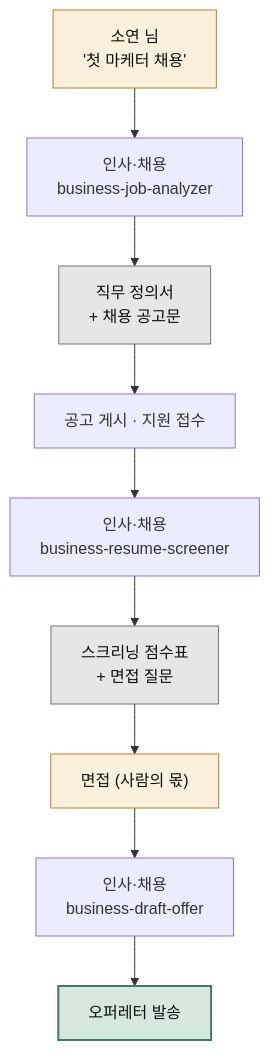
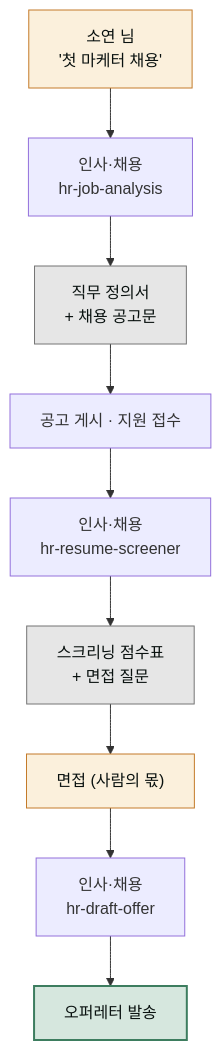
The diagram in www/content/cookbook/projects/hiring-pipeline.md (modu-ai/cowork-plugins), drawn with Mermaid before and after one commit. The commit also changed other lines of this file and 278 other files, not shown here.

````diff
--- a/www/content/cookbook/projects/hiring-pipeline.md
+++ b/www/content/cookbook/projects/hiring-pipeline.md
@@ -55,17 +55,17 @@
 ```mermaid
 flowchart TD
-   U["소연 님<br/>'첫 마케터 채용'"] --> H1["인사·채용<br/>business-job-analyzer"]
+   U["소연 님<br/>'첫 마케터 채용'"] --> H1["인사·채용<br/>hr-job-analysis"]
    H1 --> R1["직무 정의서<br/>+ 채용 공고문"]
    R1 --> POST["공고 게시 · 지원 접수"]
-   POST --> H2["인사·채용<br/>business-resume-screener"]
+   POST --> H2["인사·채용<br/>hr-resume-screener"]
    H2 --> R2["스크리닝 점수표<br/>+ 면접 질문"]
    R2 --> INT["면접 (사람의 몫)"]
-   INT --> H3["인사·채용<br/>business-draft-offer"]
+   INT --> H3["인사·채용<br/>hr-draft-offer"]
    H3 --> OUT["오퍼레터 발송"]
 
    style U fill:#fbf0dc,stroke:#c47b2a,color:#09110f
    style R1 fill:#e6e6e6,stroke:#757575,color:#09110f
    style R2 fill:#e6e6e6,stroke:#757575,color:#09110f
    style INT fill:#fbf0dc,stroke:#c47b2a,color:#09110f
    style OUT fill:#d6e7de,stroke:#3d7d5f,stroke-width:2px,color:#09110f
 ```
````
